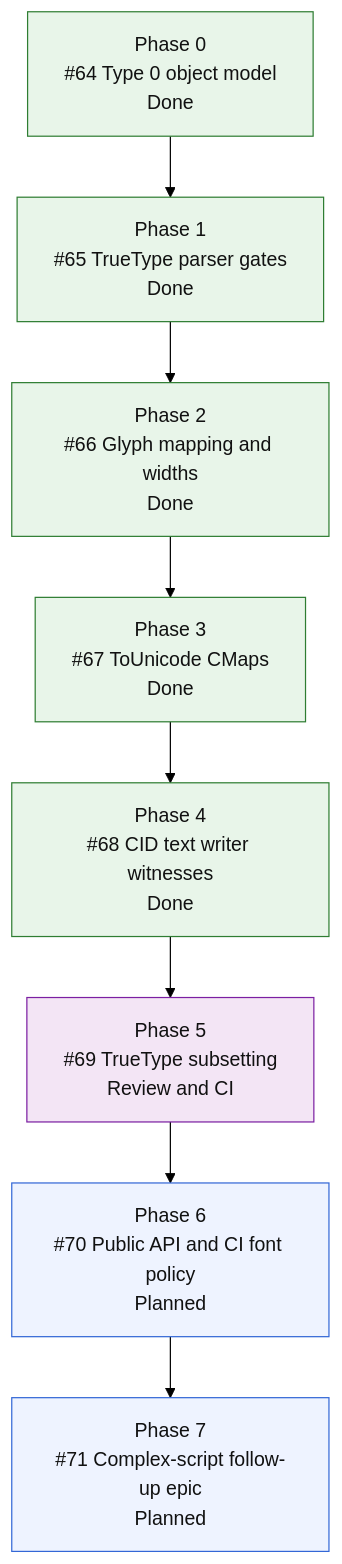
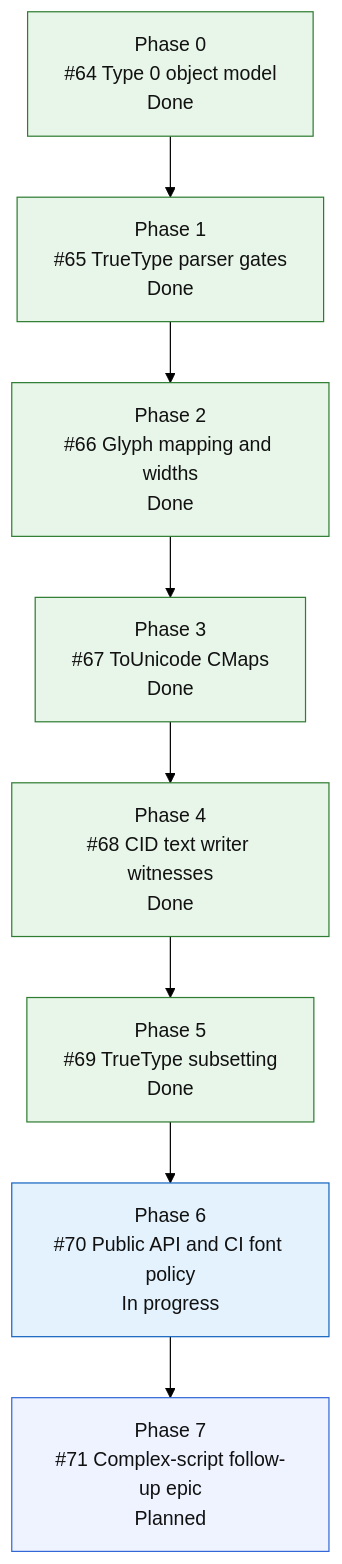
One commit to mihaelamj/MarkdownPDF changed the third of 3 diagrams in README.md. Above: the diagram before and after it, drawn with Mermaid (forest theme).

Commit message:
docs: advance embedded font roadmap

````diff
--- a/README.md
+++ b/README.md
@@ -243,22 +243,22 @@
 ```mermaid
 flowchart TD
     E0["Phase 0<br/>#64 Type 0 object model<br/>Done"]
     E1["Phase 1<br/>#65 TrueType parser gates<br/>Done"]
     E2["Phase 2<br/>#66 Glyph mapping and widths<br/>Done"]
     E3["Phase 3<br/>#67 ToUnicode CMaps<br/>Done"]
     E4["Phase 4<br/>#68 CID text writer witnesses<br/>Done"]
-    E5["Phase 5<br/>#69 TrueType subsetting<br/>Review and CI"]
-    E6["Phase 6<br/>#70 Public API and CI font policy<br/>Planned"]
+    E5["Phase 5<br/>#69 TrueType subsetting<br/>Done"]
+    E6["Phase 6<br/>#70 Public API and CI font policy<br/>In progress"]
     E7["Phase 7<br/>#71 Complex-script follow-up epic<br/>Planned"]
 
     E0 --> E1 --> E2 --> E3 --> E4 --> E5 --> E6 --> E7
 
     classDef done fill:#e8f5e9,stroke:#2e7d32,color:#111;
     classDef active fill:#e3f2fd,stroke:#1565c0,color:#111;
     classDef review fill:#f3e5f5,stroke:#7b1fa2,color:#111;
     classDef next fill:#fff8e1,stroke:#f9a825,color:#111;
     classDef todo fill:#eef3ff,stroke:#3367d6,color:#111;
-    class E0,E1,E2,E3,E4 done;
-    class E5 review;
-    class E6,E7 todo;
+    class E0,E1,E2,E3,E4,E5 done;
+    class E6 active;
+    class E7 todo;
 ```
````
